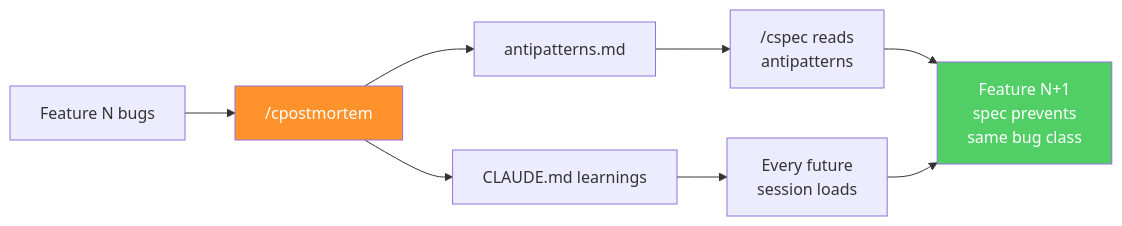
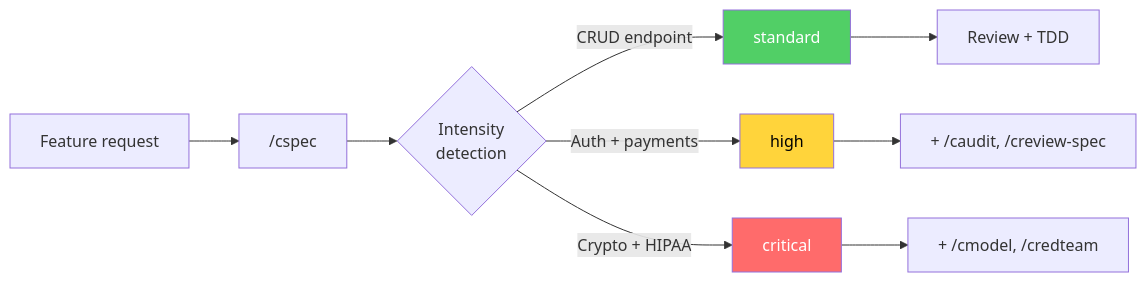
One commit to joshft/correctless changed the third of 6 diagrams in README.md. Above: the diagram before and after it, drawn with Mermaid. The commit also changed other lines of this file and 63 other files, not shown here.

````diff
--- a/README.md
+++ b/README.md
@@ -181,13 +137,15 @@
 ```mermaid
 graph LR
-    A["Feature N bugs"] --> B["/cpostmortem"]
-    B --> C["antipatterns.md"]
-    B --> D["CLAUDE.md learnings"]
-    C --> E["/cspec reads<br/>antipatterns"]
-    D --> F["Every future<br/>session loads"]
-    E --> G["Feature N+1<br/>spec prevents<br/>same bug class"]
-    F --> G
+    A["Feature request"] --> B["/cspec"]
+    B --> C{"Intensity<br/>detection"}
+    C -->|"CRUD endpoint"| D["standard"]
+    C -->|"Auth + payments"| E["high"]
+    C -->|"Crypto + HIPAA"| F["critical"]
+    D --> G["Review + TDD"]
+    E --> H["+ /caudit, /creview-spec"]
+    F --> I["+ /cmodel, /credteam"]
 
-    style B fill:#ff922b,color:#fff
-    style G fill:#51cf66,color:#fff
+    style D fill:#51cf66,color:#fff
+    style E fill:#ffd43b,color:#000
+    style F fill:#ff6b6b,color:#fff
 ```
````
